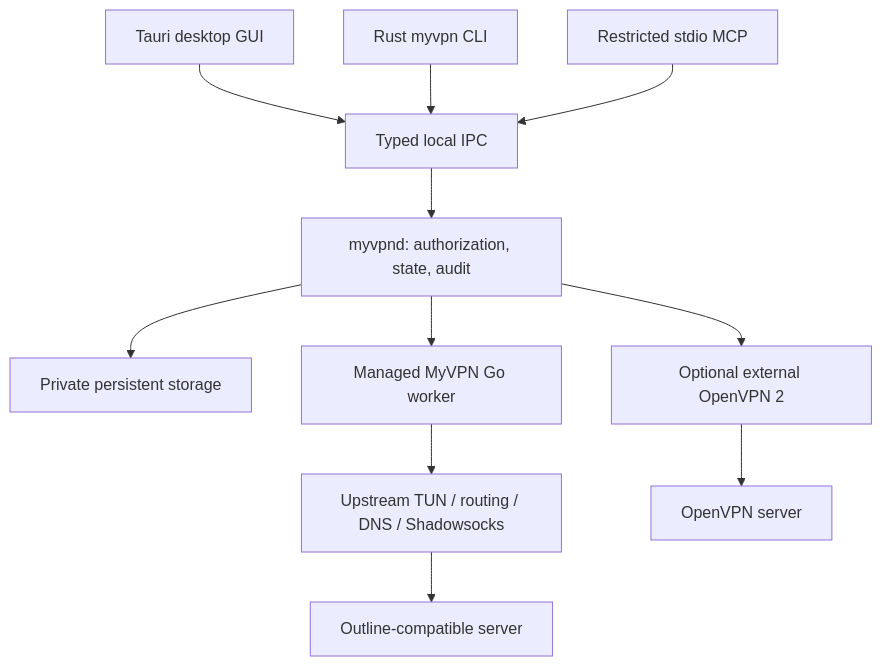
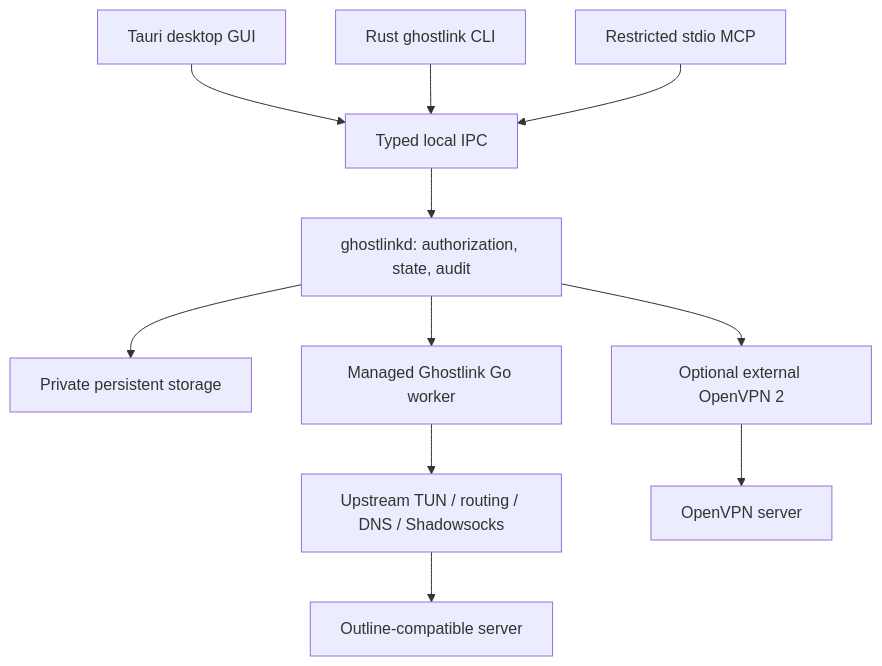
Before and after one commit to winyannainghtut/GHOSTLINK: the diagram in agent.md, drawn with Mermaid. The commit also changed other lines of this file and 74 other files, not shown here.

````diff
--- a/agent.md
+++ b/agent.md
@@ -146,13 +152,13 @@
 ```mermaid
 flowchart TD
   UI[Tauri desktop GUI] --> IPC[Typed local IPC]
-  CLI[Rust myvpn CLI] --> IPC
+  CLI[Rust ghostlink CLI] --> IPC
   MCP[Restricted stdio MCP] --> IPC
-  IPC --> D[myvpnd: authorization, state, audit]
+  IPC --> D[ghostlinkd: authorization, state, audit]
   D --> S[Private persistent storage]
-  D --> W[Managed MyVPN Go worker]
+  D --> W[Managed Ghostlink Go worker]
   D --> O[Optional external OpenVPN 2]
   W --> T[Upstream TUN / routing / DNS / Shadowsocks]
   T --> SS[Outline-compatible server]
   O --> OS[OpenVPN server]
 ```
````
